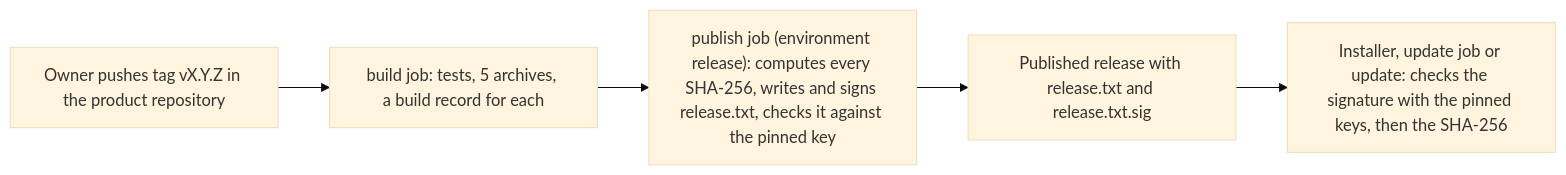
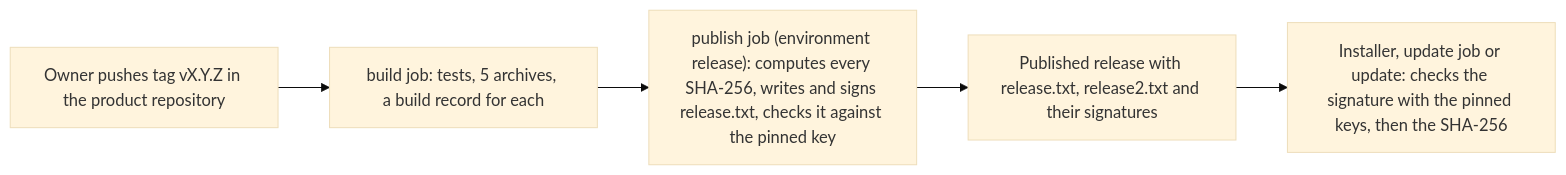
The second of 2 diagrams in docs/updates.md (Phygital-Key/phygital-key), drawn with Mermaid (base theme) before and after one commit. The commit also changed other lines of this file and 17 other files, not shown here.

````diff
--- a/docs/updates.md
+++ b/docs/updates.md
@@ -249,7 +273,7 @@
 ```mermaid
 flowchart LR
     Tag["Owner pushes tag vX.Y.Z in the product repository"] --> Build["build job: tests, 5 archives, a build record for each"]
     Build --> Sign["publish job (environment release): computes every SHA-256, writes and signs release.txt, checks it against the pinned key"]
-    Sign --> Pub["Published release with release.txt and release.txt.sig"]
+    Sign --> Pub["Published release with release.txt, release2.txt and their signatures"]
     Pub --> Check["Installer, update job or update: checks the signature with the pinned keys, then the SHA-256"]
 ```
````
